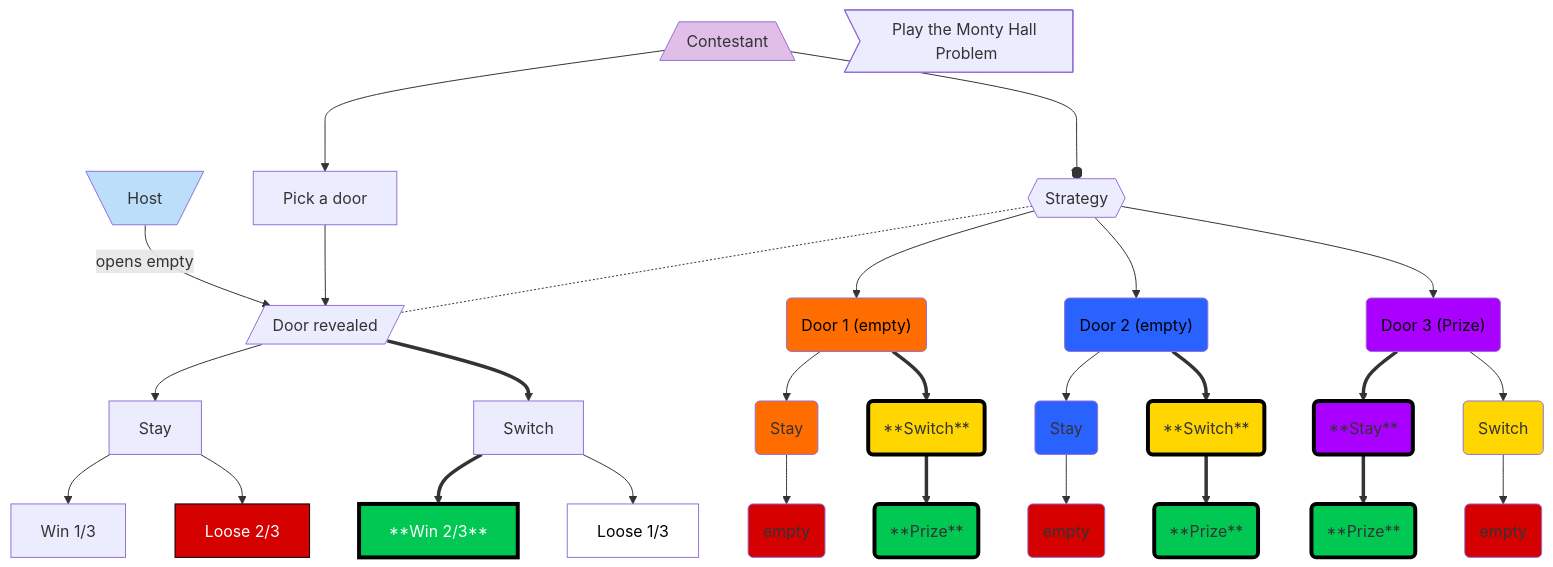
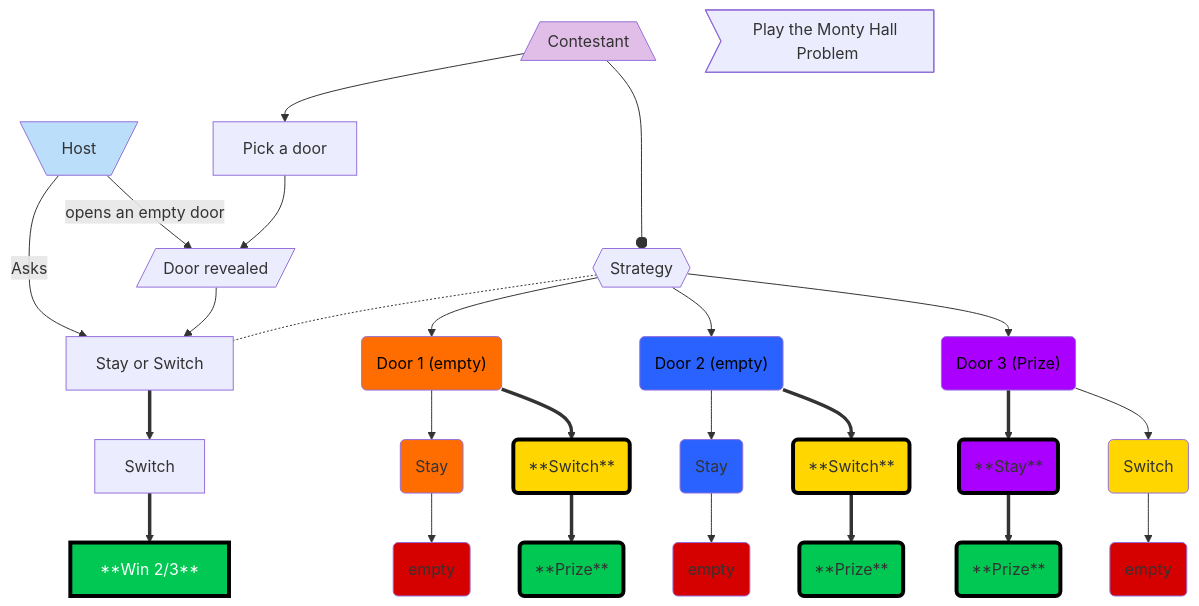
Before and after one commit to BADmommydale/BADmommydale.github.io: the diagram in MontyHallPromblemStrategy.md, drawn with Mermaid.

Commit message:
Update MontyHallPromblemStrategy.md
I think this is it

````diff
--- a/MontyHallPromblemStrategy.md
+++ b/MontyHallPromblemStrategy.md
@@ -1,51 +1,48 @@
 ```mermaid
 flowchart TD
     B["Contestant"] --> D["Pick a door"]
-    C["Host"] -- opens empty --> E["Door revealed"]
+    C["Host"] -- opens an empty door --> E["Door revealed"]
     D --> E
-    E --> F["Stay"]
-    E ==> G["Switch"]
+    C --Asks--> AB
+    E --> AB["Stay or Switch"]
+    AB ==> G["Switch"]
     B ---o H["Strategy"]
-    H -.- E
+    H -.- AB
     H --> I("Door 1 (empty)") & N("Door 2 (empty)") & S("Door 3 (Prize)")
     I --> J("Stay")
     I ==> K("**Switch**")
     J --> L("empty")
     K ==> M("**Prize**")
     N --> O("Stay")
     N ==> P("**Switch**")
     O --> Q("empty")
     P ==> R("**Prize**")
     S ==> T("**Stay**")
     S --> U("Switch")
     T ==> V("**Prize**")
     U --> W("empty")
-    F --> X["Win 1/3"] & Y["Loose 2/3"]
     G ==> Z["**Win 2/3**"]
-    G --> AA["Loose 1/3"]
     A>"Play the Monty Hall Problem"]
     B@{ shape: trap-b}
     C@{ shape: trap-t}
     E@{ shape: lean-r}
     H@{ shape: hex}
     style B fill:#E1BEE7
     style C fill:#BBDEFB
     style I color:#000000,fill:#FF6D00
     style N color:#000000,fill:#2962FF
     style S color:#000000,fill:#AA00FF
     style J fill:#FF6D00
     style K fill:#FFD600,stroke-width:4px,stroke-dasharray: 0,stroke:#000000
     style L fill:#D50000
     style M fill:#00C853,stroke-width:4px,stroke-dasharray: 0,stroke:#000000
     style O fill:#2962FF
     style P fill:#FFD600,stroke-width:4px,stroke-dasharray: 0,stroke:#000000
     style Q fill:#D50000
     style R fill:#00C853,stroke-width:4px,stroke-dasharray: 0,stroke:#000000
     style T fill:#AA00FF,stroke-width:4px,stroke-dasharray: 0,stroke:#000000
     style U fill:#FFD600
     style V fill:#00C853,stroke-width:4px,stroke-dasharray: 0,stroke:#000000
     style W fill:#D50000
-    style Y fill:#D50000,color:#FFFFFF,stroke-width:1px,stroke-dasharray: 0,stroke:#000000
     style Z fill:#00C853,color:#FFFFFF,stroke-width:4px,stroke-dasharray: 0,stroke:#000000
-    style AA fill:#FFFFFF,color:#000000
 ```
````
